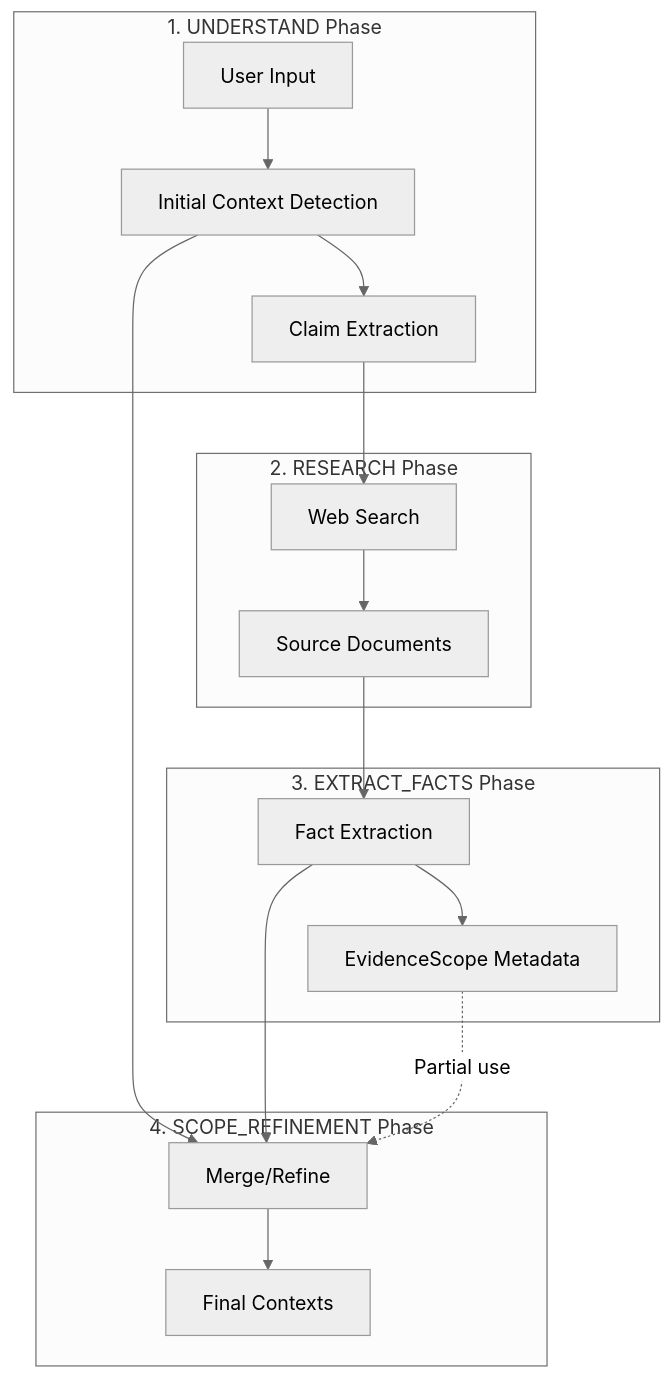
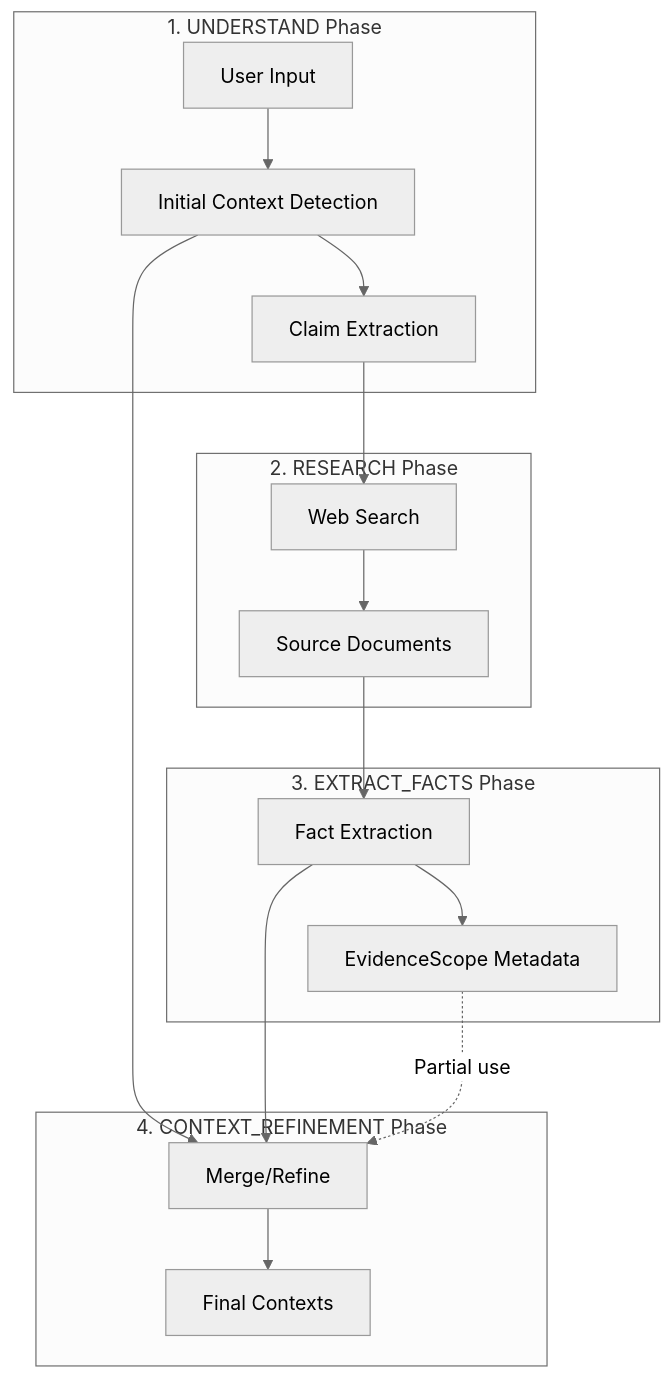
One commit to robertschaub/FactHarbor changed the diagram in Docs/ARCHITECTURE/Context_Detection_via_EvidenceScope.md. Above: the diagram before and after it, drawn with Mermaid (neutral theme). The commit also changed other lines of this file and 3 other files, not shown here.

````diff
--- a/Docs/ARCHITECTURE/Context_Detection_via_EvidenceScope.md
+++ b/Docs/ARCHITECTURE/Context_Detection_via_EvidenceScope.md
@@ -58,24 +58,24 @@
 ```mermaid
 flowchart TB
     subgraph UNDERSTAND["1. UNDERSTAND Phase"]
         Input[User Input] --> InitialContexts[Initial Context Detection]
         InitialContexts --> Claims[Claim Extraction]
     end
     
     subgraph RESEARCH["2. RESEARCH Phase"]
         Claims --> Search[Web Search]
         Search --> Sources[Source Documents]
     end
     
     subgraph EXTRACT["3. EXTRACT_FACTS Phase"]
         Sources --> Facts[Fact Extraction]
         Facts --> ES[EvidenceScope Metadata]
     end
     
-    subgraph REFINE["4. SCOPE_REFINEMENT Phase"]
+    subgraph REFINE["4. CONTEXT_REFINEMENT Phase"]
         InitialContexts --> Merge[Merge/Refine]
         Facts --> Merge
         ES -.->|Partial use| Merge
         Merge --> FinalContexts[Final Contexts]
     end
 ```
````
